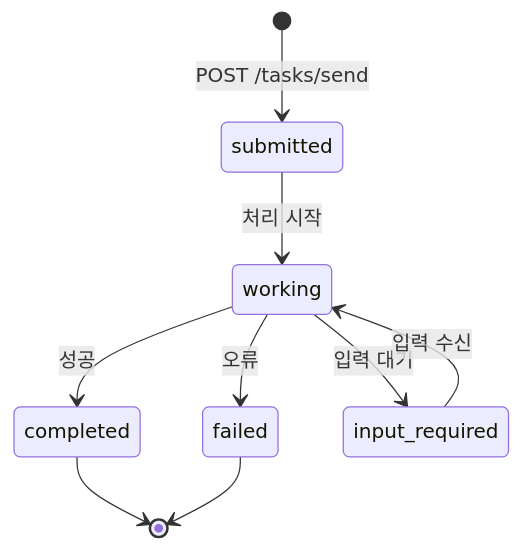
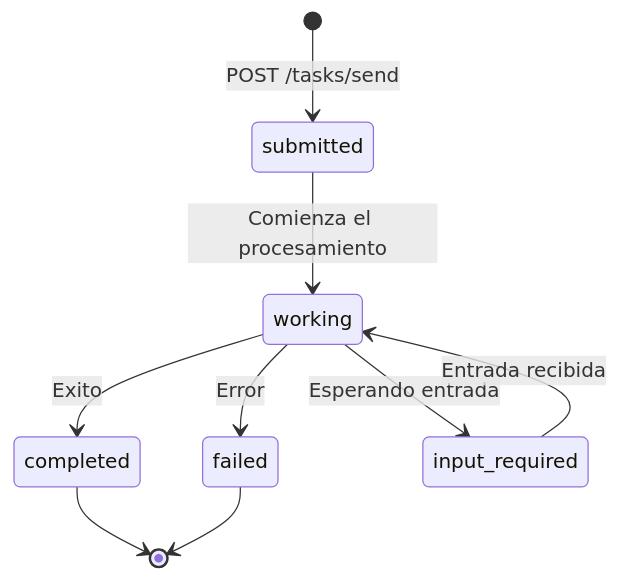
Before and after one commit to s-hiraoku/synapse-a2a: the fourth of 5 diagrams in README.ko.md, drawn with Mermaid. The commit also changed other lines of this file and 1 other file, not shown here.

````diff
--- a/README.ko.md
+++ b/README.ko.md
@@ -833,11 +929,11 @@
 ```mermaid
 stateDiagram-v2
     [*] --> submitted: POST /tasks/send
-    submitted --> working: 처리 시작
-    working --> completed: 성공
-    working --> failed: 오류
-    working --> input_required: 입력 대기
-    input_required --> working: 입력 수신
+    submitted --> working: Comienza el procesamiento
+    working --> completed: Exito
+    working --> failed: Error
+    working --> input_required: Esperando entrada
+    input_required --> working: Entrada recibida
     completed --> [*]
     failed --> [*]
 ```
````
